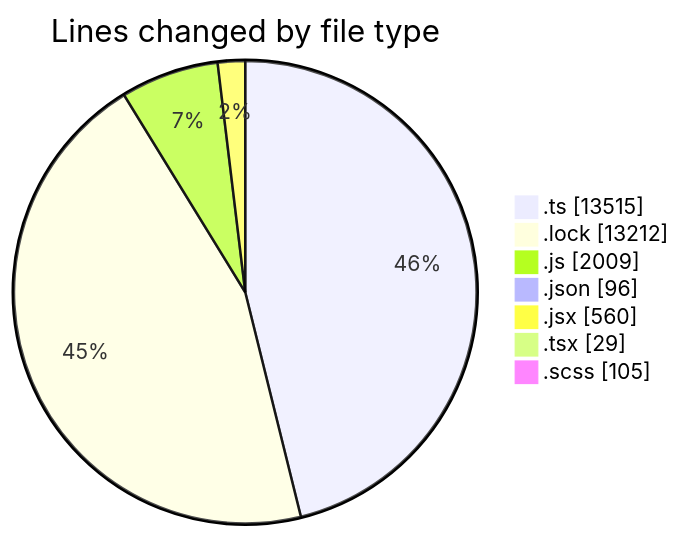
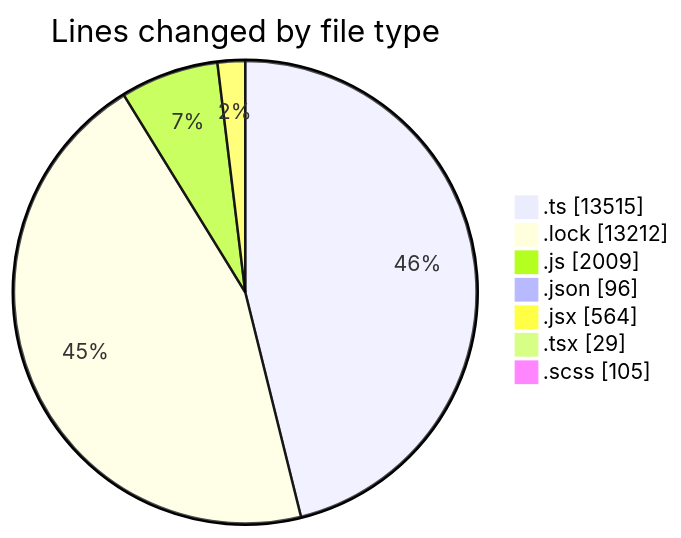
One commit to momahboobian/code-tracking changed the first of 2 diagrams in 2025-05-16/cda/README.md. Above: the diagram before and after it, drawn with Mermaid. The commit also changed other lines of this file and 1 other file, not shown here.

````diff
--- a/2025-05-16/cda/README.md
+++ b/2025-05-16/cda/README.md
@@ -38,11 +38,11 @@
 ```mermaid
 pie showData
 title Lines changed by file type
 ".ts" : 13515
 ".lock" : 13212
 ".js" : 2009
 ".json" : 96
-".jsx" : 560
+".jsx" : 564
 ".tsx" : 29
 ".scss" : 105
 ```
````
